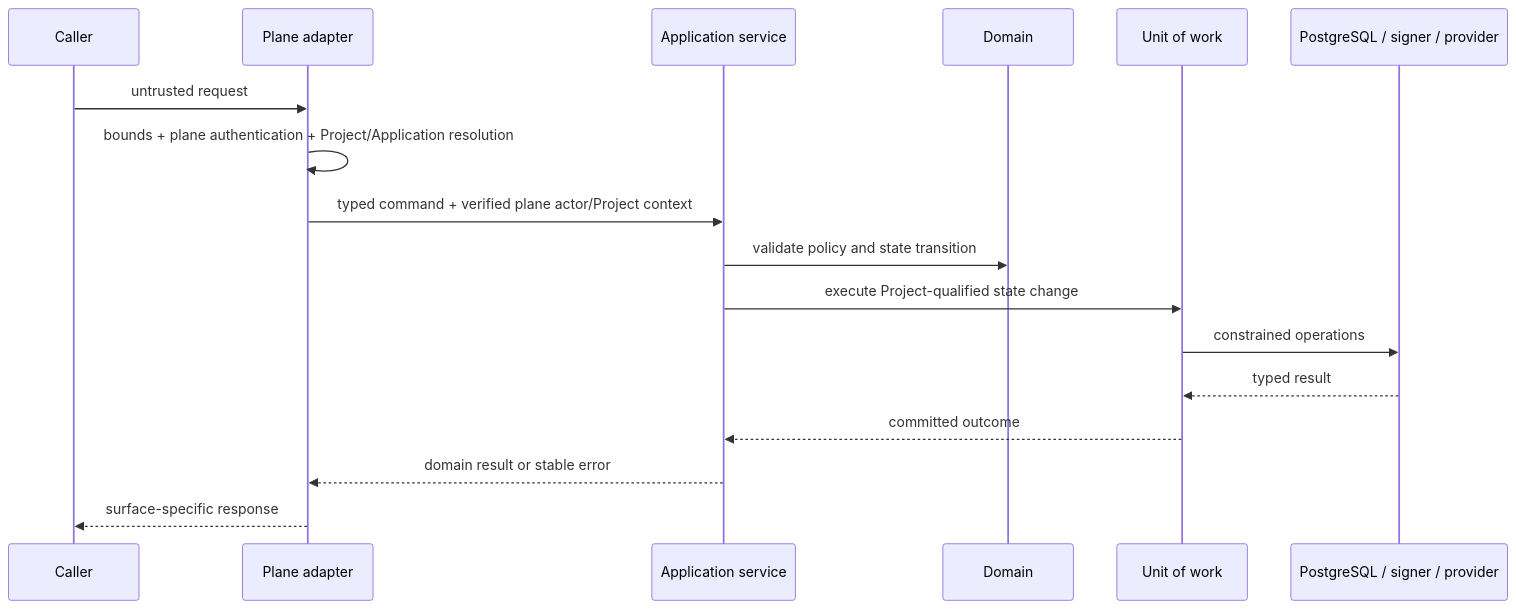
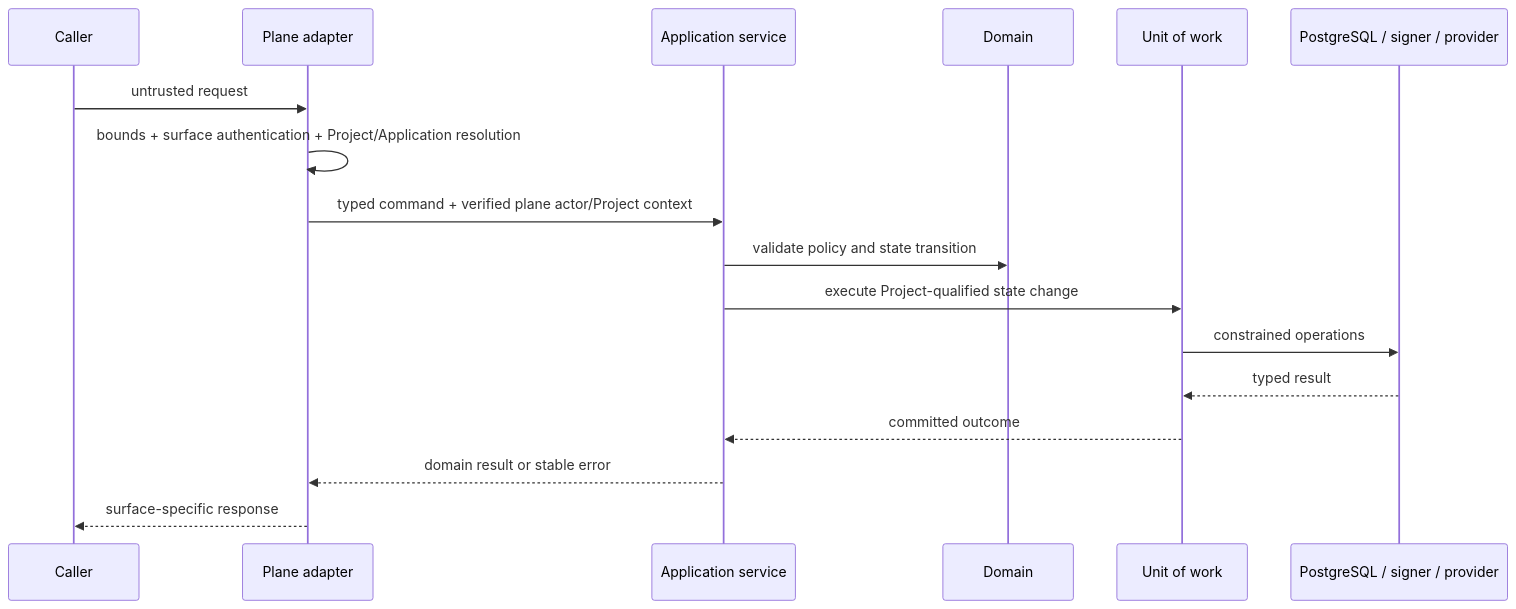
Before and after one commit to owlfoundry/owlauth: the third of 3 diagrams in spec/02-domain-and-crate-boundaries.md, drawn with Mermaid. The commit also changed other lines of this file and 320 other files, not shown here.

````diff
--- a/spec/02-domain-and-crate-boundaries.md
+++ b/spec/02-domain-and-crate-boundaries.md
@@ -142,20 +162,20 @@
 ```mermaid
 sequenceDiagram
     participant Caller
     participant Adapter as Plane adapter
     participant App as Application service
     participant Domain
     participant Tx as Unit of work
     participant Infra as PostgreSQL / signer / provider
 
     Caller->>Adapter: untrusted request
-    Adapter->>Adapter: bounds + plane authentication + Project/Application resolution
+    Adapter->>Adapter: bounds + surface authentication + Project/Application resolution
     Adapter->>App: typed command + verified plane actor/Project context
     App->>Domain: validate policy and state transition
     App->>Tx: execute Project-qualified state change
     Tx->>Infra: constrained operations
     Infra-->>Tx: typed result
     Tx-->>App: committed outcome
     App-->>Adapter: domain result or stable error
     Adapter-->>Caller: surface-specific response
 ```
````
